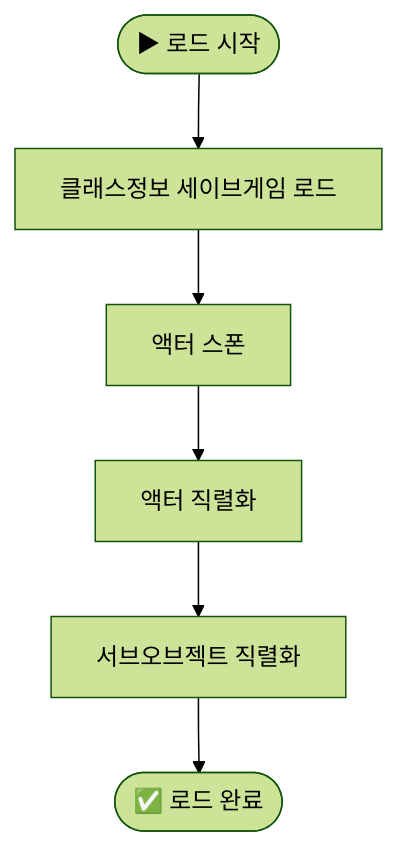
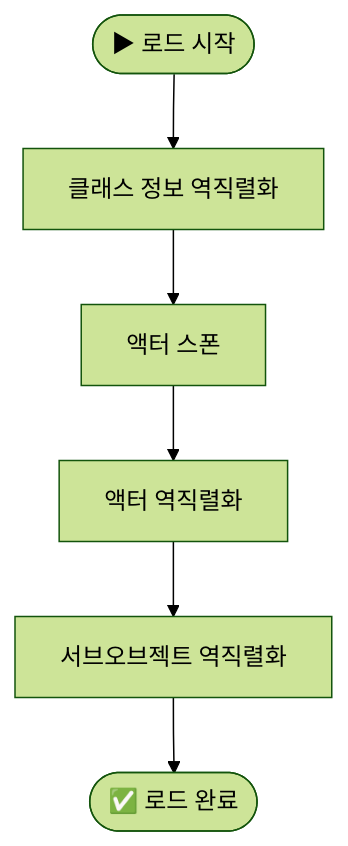
Before and after one commit to antae714/antae714.github.io: the sixth of 6 diagrams in _posts/UnrealProject/2025-06-28-SaveGame.md, drawn with Mermaid (forest theme). The commit also changed other lines of this file and 3 other files, not shown here.

````diff
--- a/_posts/UnrealProject/2025-06-28-SaveGame.md
+++ b/_posts/UnrealProject/2025-06-28-SaveGame.md
@@ -256,8 +255,8 @@
 ```mermaid
 flowchart TD
-  Start(["▶ 로드 시작"]) --> B[클래스정보 세이브게임 로드]
+  Start(["▶ 로드 시작"]) --> B[클래스 정보 역직렬화]
   B --> C[액터 스폰]
-  C --> D[액터 직렬화]
-  D --> E[서브오브젝트 직렬화]
+  C --> D[액터 역직렬화]
+  D --> E[서브오브젝트 역직렬화]
   E --> End(["✅ 로드 완료"])
 ```
````
